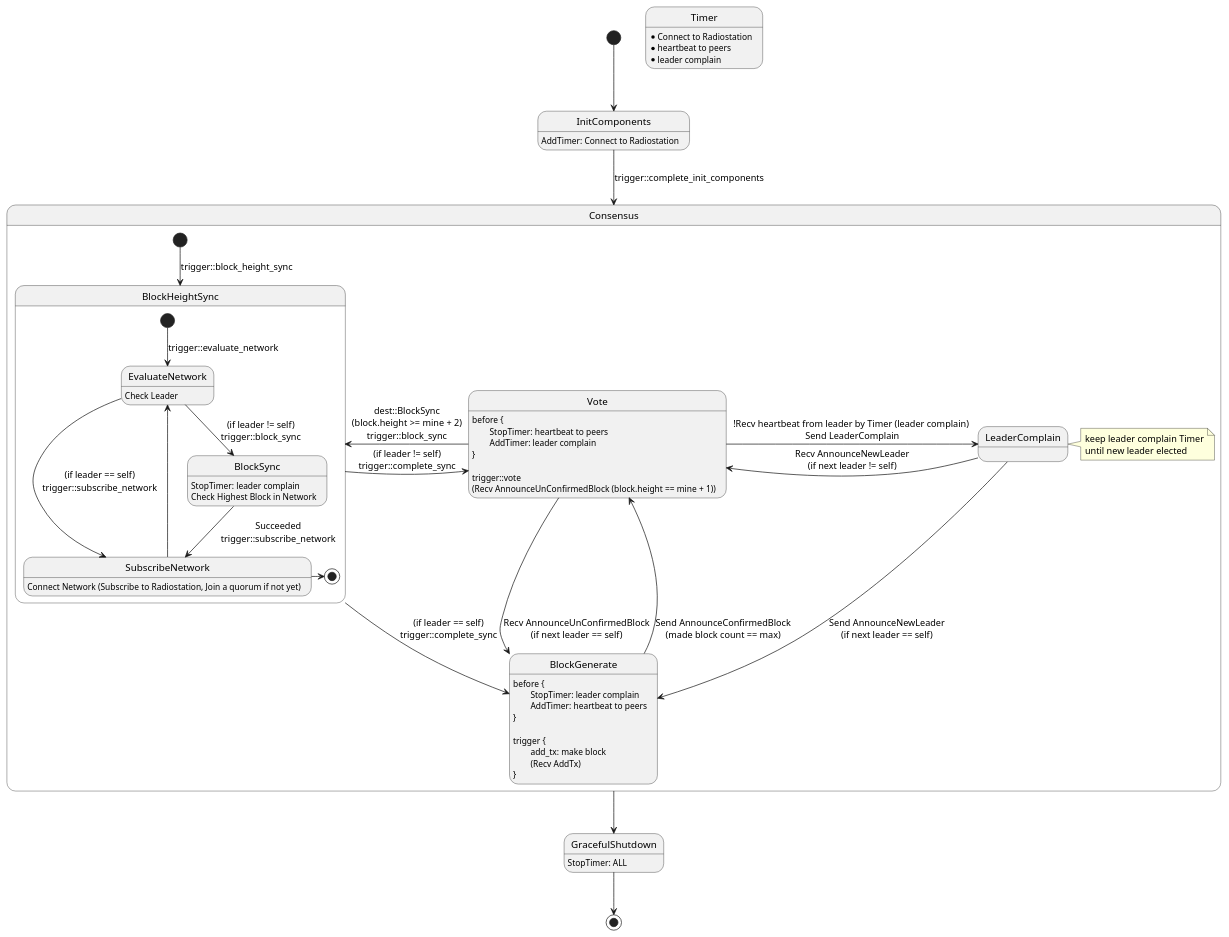
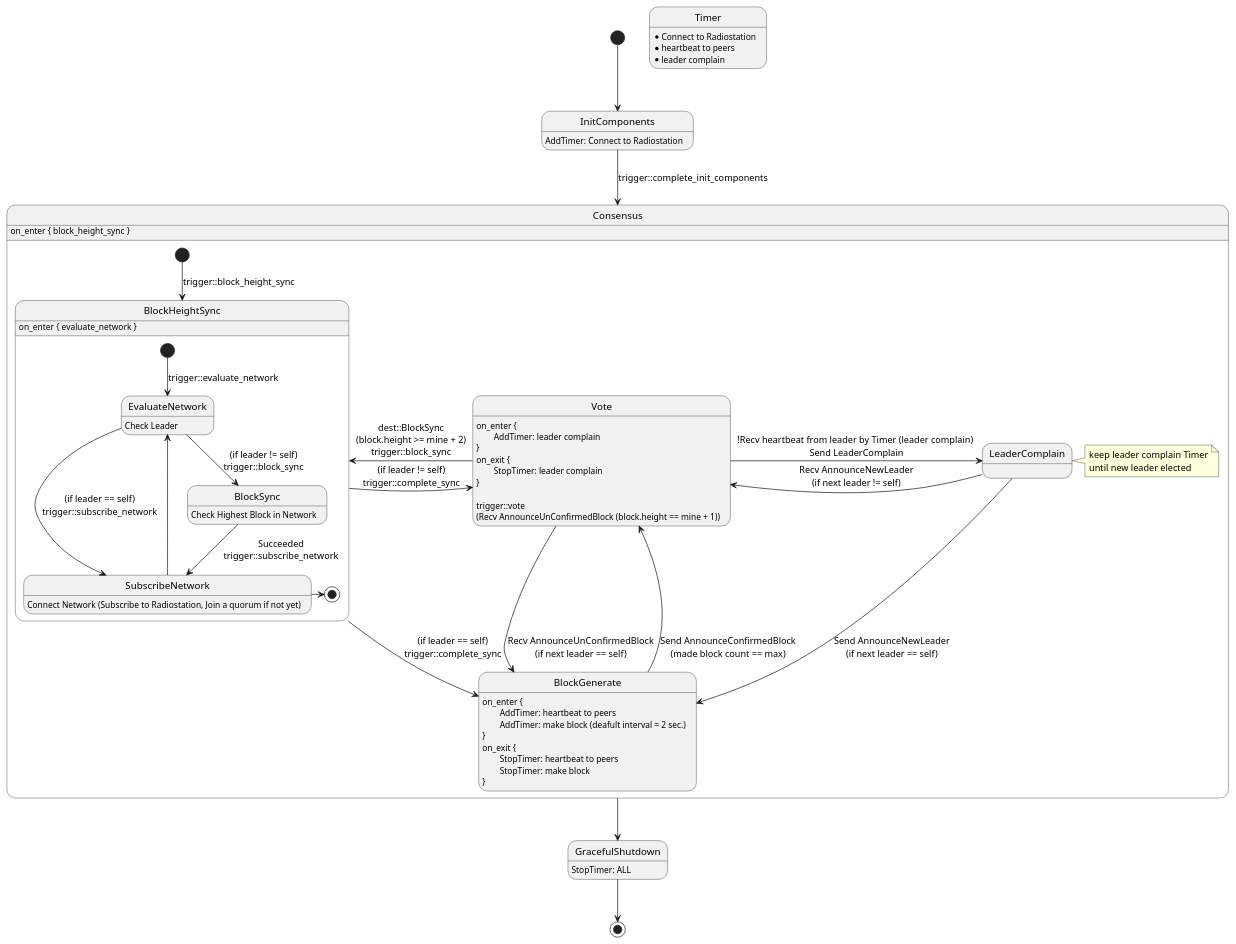
The diagram in docs/8. diagram/state_machine_in_siever.wsd (icon-project/loopchain), drawn with PlantUML before and after one commit. The commit also changed 1 other file, not shown here.

Commit message:
add on_enter handlers for states

```diff
--- a/docs/8. diagram/state_machine_in_siever.wsd
+++ b/docs/8. diagram/state_machine_in_siever.wsd
@@ -1,68 +1,71 @@
 @startuml State Machine in Siever
 
 [*] --> InitComponents
 InitComponents: AddTimer: Connect to Radiostation
 
 InitComponents --> Consensus : trigger::complete_init_components
 
 state Timer
 Timer: * Connect to Radiostation
 Timer: * heartbeat to peers
 Timer: * leader complain
 
 state Consensus {
+    Consensus: on_enter { block_height_sync }
     [*] --> BlockHeightSync : trigger::block_height_sync
 
     state BlockHeightSync {
         [*] --> EvaluateNetwork : trigger::evaluate_network
 
         EvaluateNetwork: Check Leader
         EvaluateNetwork --> BlockSync : (if leader != self)\ntrigger::block_sync
         EvaluateNetwork --> SubscribeNetwork : (if leader == self)\ntrigger::subscribe_network
 
-        BlockSync: StopTimer: leader complain
         BlockSync: Check Highest Block in Network
         BlockSync --> SubscribeNetwork : Succeeded\ntrigger::subscribe_network
 
         SubscribeNetwork: Connect Network (Subscribe to Radiostation, Join a quorum if not yet)
         SubscribeNetwork -up-> EvaluateNetwork
         SubscribeNetwork -right-> [*]
     }
+    BlockHeightSync: on_enter { evaluate_network }
     BlockHeightSync --> BlockGenerate: (if leader == self)\ntrigger::complete_sync
     BlockHeightSync -> Vote: (if leader != self)\ntrigger::complete_sync
 
-    Vote: before {
-    Vote: \tStopTimer: heartbeat to peers
+    Vote: on_enter {
     Vote: \tAddTimer: leader complain
+    Vote: }
+    Vote: on_exit {
+    Vote: \tStopTimer: leader complain
     Vote: }
     Vote: 
     Vote: trigger::vote\n(Recv AnnounceUnConfirmedBlock (block.height == mine + 1))
     Vote -left-> BlockHeightSync : dest::BlockSync\n(block.height >= mine + 2)\ntrigger::block_sync
     Vote -> BlockGenerate : Recv AnnounceUnConfirmedBlock\n(if next leader == self)
     Vote -> LeaderComplain : !Recv heartbeat from leader by Timer (leader complain) \nSend LeaderComplain
 
-    BlockGenerate: before {
-    BlockGenerate: \tStopTimer: leader complain
+    BlockGenerate: on_enter {
     BlockGenerate: \tAddTimer: heartbeat to peers
+    BlockGenerate: \tAddTimer: make block (deafult interval = 2 sec.)
     BlockGenerate: }
-    BlockGenerate: 
-    BlockGenerate: trigger {
-    BlockGenerate: \tadd_tx: make block\n\t(Recv AddTx)
+    BlockGenerate: on_exit {
+    BlockGenerate: \tStopTimer: heartbeat to peers
+    BlockGenerate: \tStopTimer: make block
     BlockGenerate: }
     BlockGenerate -> Vote : Send AnnounceConfirmedBlock\n(made block count == max)
 
     state LeaderComplain
     note right of LeaderComplain
       keep leader complain Timer
       until new leader elected
     end note
     LeaderComplain -> Vote : Recv AnnounceNewLeader\n(if next leader != self)
     LeaderComplain --> BlockGenerate : Send AnnounceNewLeader\n(if next leader == self)
 }
 
 Consensus --> GracefulShutdown
 
 GracefulShutdown: StopTimer: ALL
 GracefulShutdown --> [*]
 
 @enduml
```
